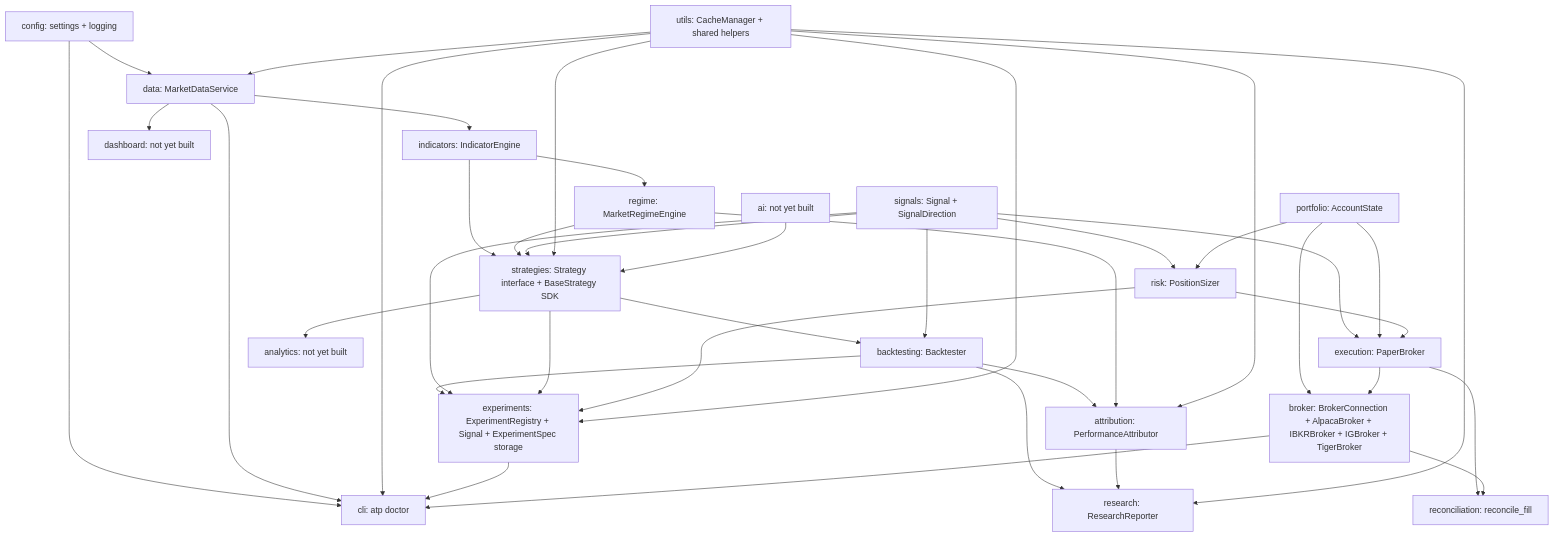
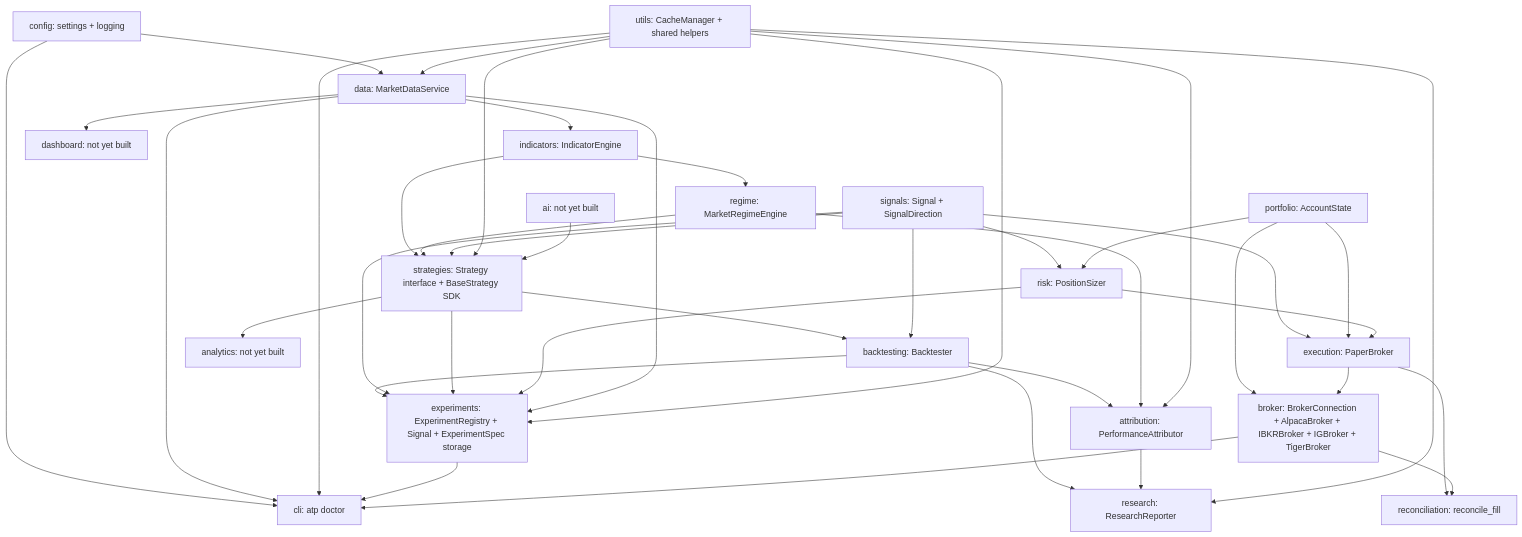
Before and after one commit to grow-op-nasa/ai-trading-platform: the diagram in ARCHITECTURE.md, drawn with Mermaid. The commit also changed other lines of this file and 12 other files, not shown here.

````diff
--- a/ARCHITECTURE.md
+++ b/ARCHITECTURE.md
@@ -14,62 +14,63 @@
 ```mermaid
 graph TD
     config[config: settings + logging]
     utils[utils: CacheManager + shared helpers]
     data[data: MarketDataService]
     indicators[indicators: IndicatorEngine]
     regime[regime: MarketRegimeEngine]
     signals[signals: Signal + SignalDirection]
     strategies[strategies: Strategy interface + BaseStrategy SDK]
     backtesting[backtesting: Backtester]
     attribution[attribution: PerformanceAttributor]
     experiments[experiments: ExperimentRegistry + Signal + ExperimentSpec storage]
     research[research: ResearchReporter]
     portfolio[portfolio: AccountState]
     risk[risk: PositionSizer]
     execution[execution: PaperBroker]
     broker[broker: BrokerConnection + AlpacaBroker + IBKRBroker + IGBroker + TigerBroker]
     reconciliation[reconciliation: reconcile_fill]
     analytics[analytics: not yet built]
     ai[ai: not yet built]
     dashboard[dashboard: not yet built]
     cli[cli: atp doctor]
 
     config --> data
     utils --> data
     data --> indicators
     indicators --> regime
     indicators --> strategies
     regime --> strategies
     signals --> strategies
     strategies --> backtesting
     signals --> backtesting
     backtesting --> experiments
     signals --> experiments
     strategies --> experiments
     risk --> experiments
+    data --> experiments
     utils --> strategies
     utils --> experiments
     backtesting --> attribution
     regime --> attribution
     utils --> attribution
     backtesting --> research
     attribution --> research
     utils --> research
     signals --> risk
     signals --> execution
     portfolio --> risk
     portfolio --> execution
     portfolio --> broker
     risk --> execution
     execution --> broker
     execution --> reconciliation
     broker --> reconciliation
     strategies --> analytics
     data --> dashboard
     ai --> strategies
     config --> cli
     data --> cli
     utils --> cli
     experiments --> cli
     broker --> cli
 ```
````
